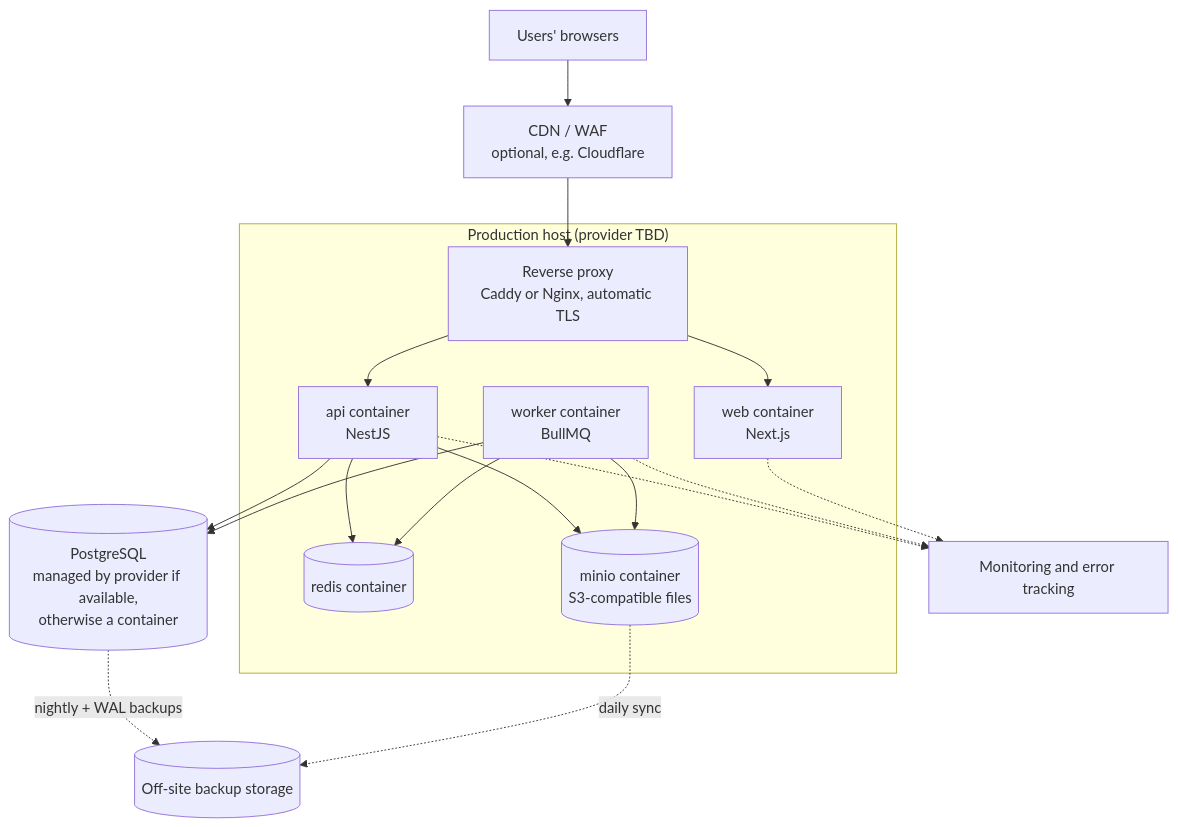
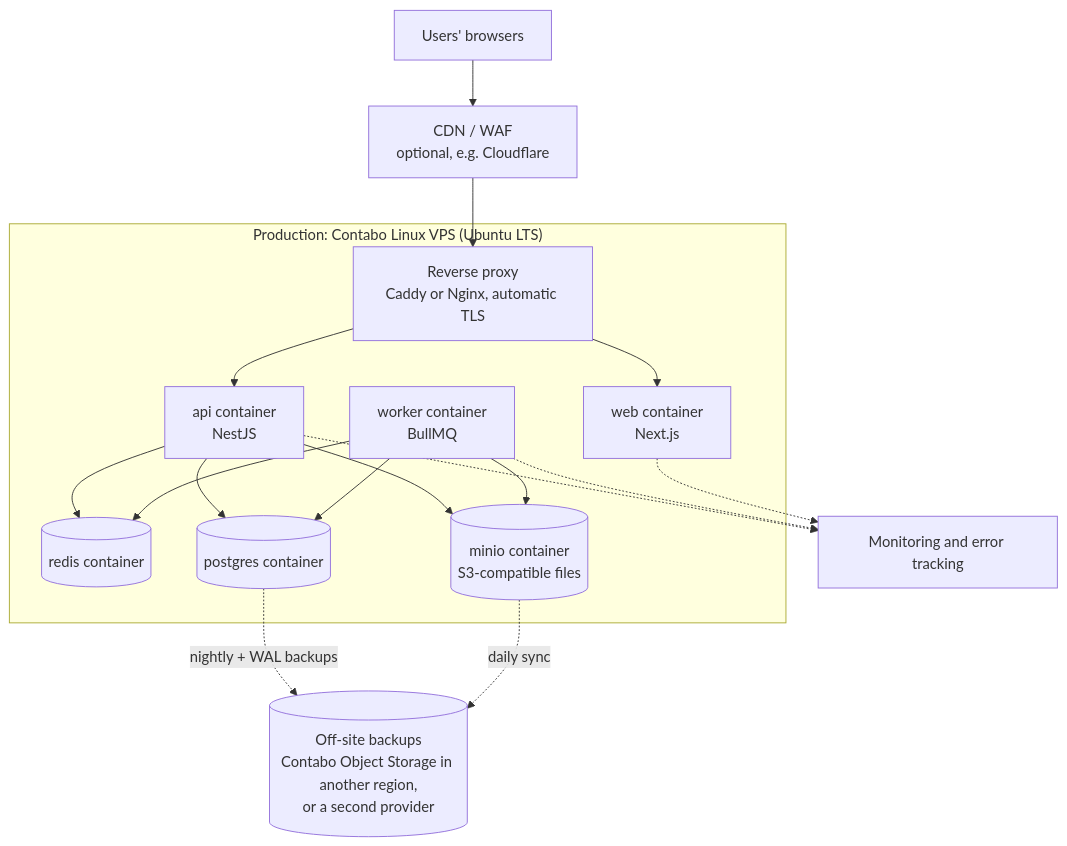
Before and after one commit to tufanrai/ERP-Enterprise-Resource-Planning-: the first of 2 diagrams in docs/architecture/05-infrastructure-and-deployment.md, drawn with Mermaid. The commit also changed other lines of this file and 4 other files, not shown here.

First line of the commit message:
docs: set Contabo Linux VPS as MVP hosting

````diff
--- a/docs/architecture/05-infrastructure-and-deployment.md
+++ b/docs/architecture/05-infrastructure-and-deployment.md
@@ -17,25 +17,25 @@
 ```mermaid
 flowchart TB
   user[Users' browsers] --> cdn[CDN / WAF<br/>optional, e.g. Cloudflare]
   cdn --> proxy
 
-  subgraph Server["Production host (provider TBD)"]
+  subgraph Server["Production: Contabo Linux VPS (Ubuntu LTS)"]
     proxy[Reverse proxy<br/>Caddy or Nginx, automatic TLS]
     web[web container<br/>Next.js]
     api[api container<br/>NestJS]
     wrk[worker container<br/>BullMQ]
     redis[(redis container)]
     minio[(minio container<br/>S3-compatible files)]
+    pg[(postgres container)]
   end
 
-  pg[(PostgreSQL<br/>managed by provider if available,<br/>otherwise a container)]
-  backup[(Off-site backup storage)]
+  backup[(Off-site backups<br/>Contabo Object Storage in another region,<br/>or a second provider)]
   mon[Monitoring and error tracking]
 
   proxy --> web & api
   api --> pg & redis & minio
   wrk --> pg & redis & minio
   pg -. nightly + WAL backups .-> backup
   minio -. daily sync .-> backup
   api & wrk & web -.-> mon
 ```
````
